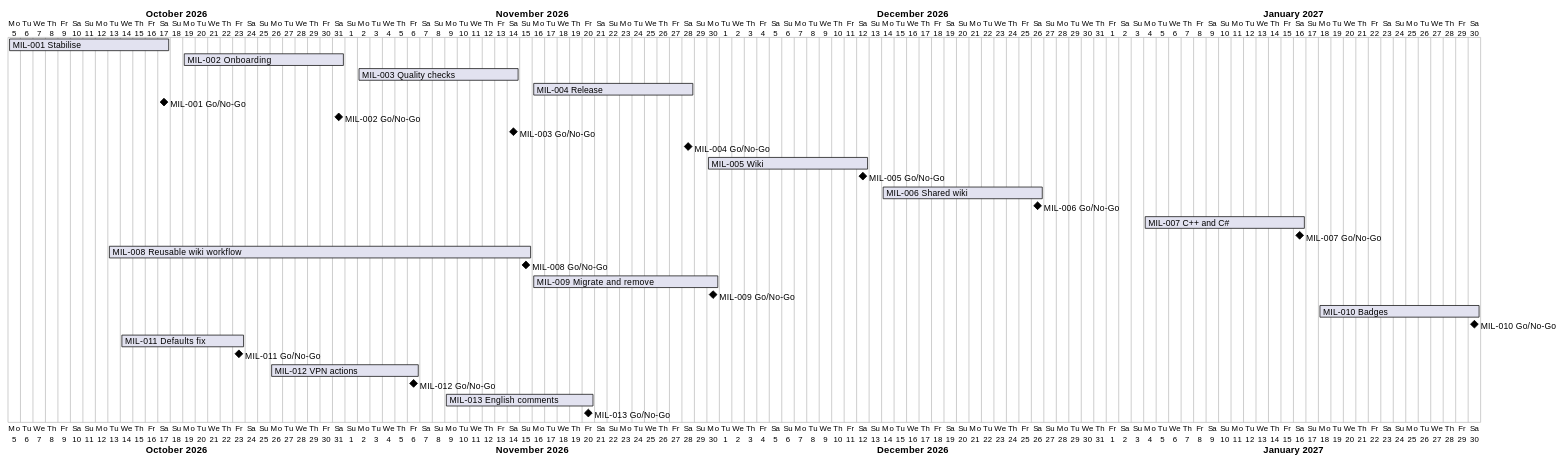
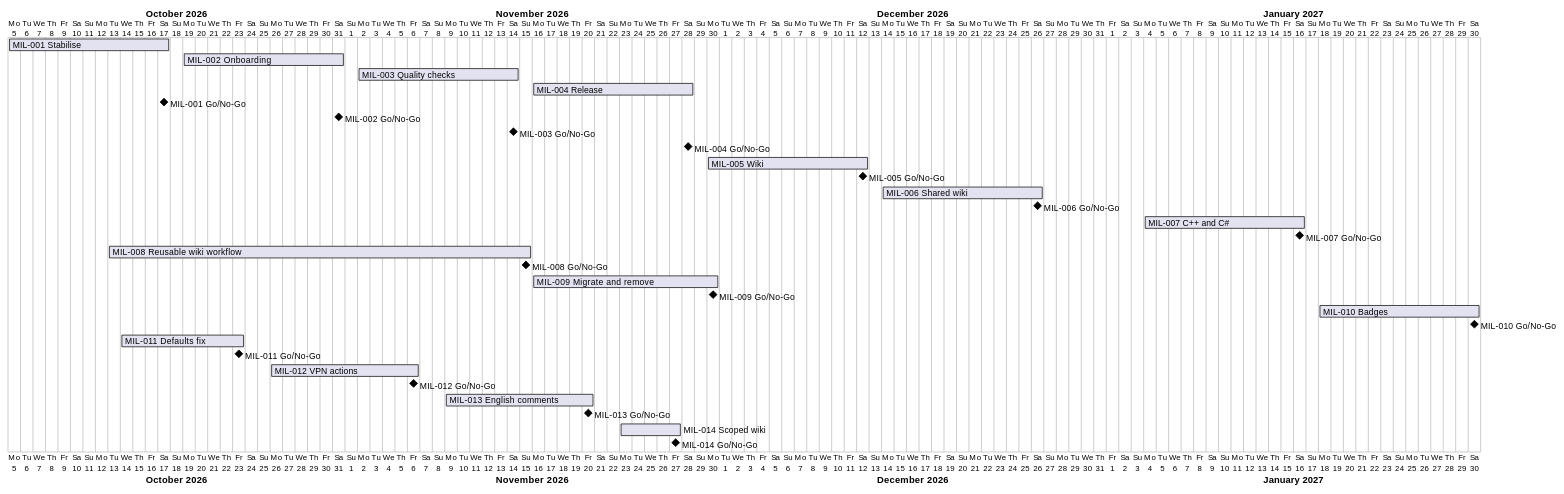
The diagram in docs/project-plan.md (TirSystem/git-workflows), drawn with PlantUML before and after one commit. The commit also changed other lines of this file and 5 other files, not shown here.

Commit message:
Plan MIL-014: wiki publishing as a scoped workflow (ADR-0013, RC-086)

````diff
--- a/docs/project-plan.md
+++ b/docs/project-plan.md
@@ -49,31 +51,33 @@
 ```plantuml
 @startgantt
 Project starts 2026-10-05
 [MIL-001 Stabilise] starts 2026-10-05 and ends 2026-10-17
 [MIL-002 Onboarding] starts 2026-10-19 and ends 2026-10-31
 [MIL-003 Quality checks] starts 2026-11-02 and ends 2026-11-14
 [MIL-004 Release] starts 2026-11-16 and ends 2026-11-28
 [MIL-001 Go/No-Go] happens 2026-10-17
 [MIL-002 Go/No-Go] happens 2026-10-31
 [MIL-003 Go/No-Go] happens 2026-11-14
 [MIL-004 Go/No-Go] happens 2026-11-28
 [MIL-005 Wiki] starts 2026-11-30 and ends 2026-12-12
 [MIL-005 Go/No-Go] happens 2026-12-12
 [MIL-006 Shared wiki] starts 2026-12-14 and ends 2026-12-26
 [MIL-006 Go/No-Go] happens 2026-12-26
 [MIL-007 C++ and C#] starts 2027-01-04 and ends 2027-01-16
 [MIL-007 Go/No-Go] happens 2027-01-16
 [MIL-008 Reusable wiki workflow] starts 2026-10-13 and ends 2026-11-15
 [MIL-008 Go/No-Go] happens 2026-11-15
 [MIL-009 Migrate and remove] starts 2026-11-16 and ends 2026-11-30
 [MIL-009 Go/No-Go] happens 2026-11-30
 [MIL-010 Badges] starts 2027-01-18 and ends 2027-01-30
 [MIL-010 Go/No-Go] happens 2027-01-30
 [MIL-011 Defaults fix] starts 2026-10-14 and ends 2026-10-23
 [MIL-011 Go/No-Go] happens 2026-10-23
 [MIL-012 VPN actions] starts 2026-10-26 and ends 2026-11-06
 [MIL-012 Go/No-Go] happens 2026-11-06
 [MIL-013 English comments] starts 2026-11-09 and ends 2026-11-20
 [MIL-013 Go/No-Go] happens 2026-11-20
+[MIL-014 Scoped wiki] starts 2026-11-23 and ends 2026-11-27
+[MIL-014 Go/No-Go] happens 2026-11-27
 @endgantt
 ```
````
